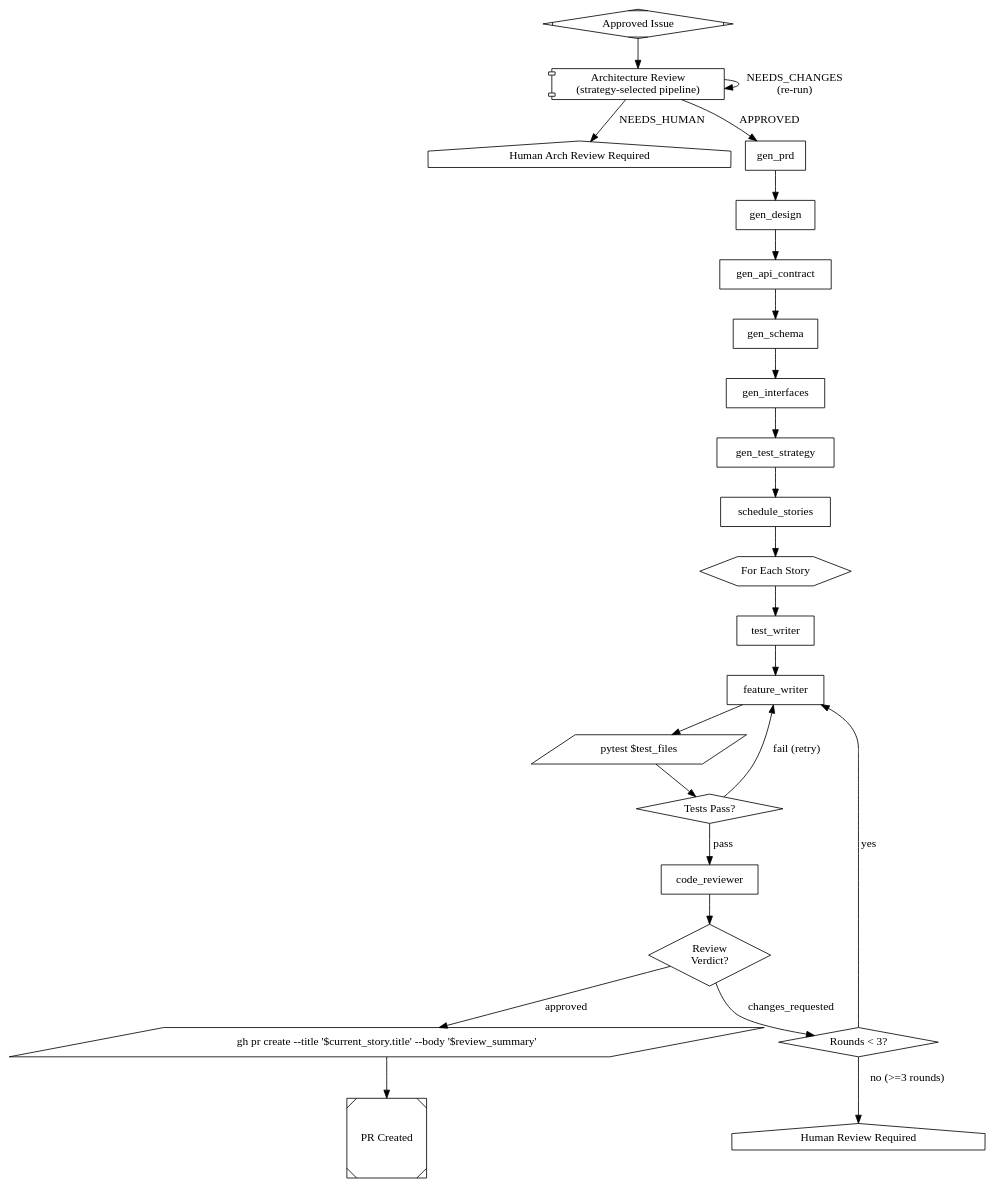
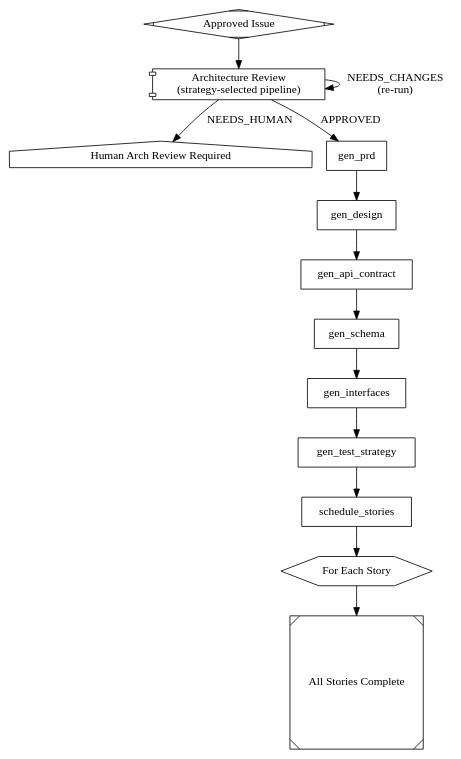
One commit to ardrodus/dark-fac changed the diagram in pipelines/dark_forge.dot. Above: the diagram before and after it, drawn with Graphviz. The commit also changed 13 other files, not shown here.

```diff
--- a/pipelines/dark_forge.dot
+++ b/pipelines/dark_forge.dot
@@ -1,162 +1,115 @@
 // Dark Forge: TDD Pipeline
 //
 // The build engine of Dark Factory. Takes an approved issue through
 // architecture review, PRD generation, story scheduling, and the
 // Test Writer -> Feature Writer -> Code Reviewer TDD loop.
 // Each story produces a merged PR.
 //
 // The architecture review is a SEPARATE pipeline, selected by deployment
 // strategy. Dark Forge invokes the appropriate one:
 //   arch_review_web.dot     --  6 specialists + SA Lead
 //   arch_review_console.dot --  4 specialists + SA Lead
 //
 // Demonstrates: pipeline invocation, supervisor loops, conditional branching,
 // tool confinement, information gap (test writer and feature writer are isolated).
 
 digraph dark_forge {
     graph [
         goal="Transform an approved GitHub issue into merged PRs via architecture review + TDD"
     ]
 
     // --- Entry ---
     start [shape=Mdiamond, label="Approved Issue"]
 
     // ===========================================
     // Architecture Review (external pipeline)
     //
     // Invokes the strategy-specific arch review pipeline.
     // The pipeline is selected at runtime based on DEPLOY_STRATEGY:
     //   web     -> arch_review_web.dot     ( 6 stages)
     //   console -> arch_review_console.dot ( 4 stages)
     //
     // Returns: Engineering Brief (APPROVED | NEEDS_CHANGES | NEEDS_HUMAN)
     // ===========================================
 
     arch_review [
         shape=component,
         label="Architecture Review\n(strategy-selected pipeline)",
         pipeline="arch_review_${strategy}.dot"
     ]
 
     arch_needs_human [shape=house, label="Human Arch Review Required"]
 
     // ===========================================
     // Specification Generation (US-301 through US-307)
     //
     // Sequential spec pipeline: each step builds on the previous.
     // All specs saved to .dark-factory/specs/{issue_number}/
     // ===========================================
 
     // US-301: PRD generation
     gen_prd [
         shape=box,
         prompt="You are the PRD Generator. Given this GitHub issue: $issue\n\nEngineering Brief (from Architecture Review):\n$engineering_brief\n\nGenerate a Product Requirements Document with:\n- Title, description, scope\n- User stories with id, title, description, acceptance_criteria, priority, depends_on\n- Non-functional requirements\n- Out of scope items\n\nSupport L1/L2/L3 detail levels based on issue complexity.\nOutput as structured JSON (PRDResult format).\nSave to .dark-factory/specs/$issue_number/prd.json"
     ]
 
     // US-302: Technical design document
     gen_design [
         shape=box,
         prompt="You are the Design Agent. Given this PRD and codebase analysis:\n\nPRD:\n$gen_prd\n\nGenerate a Technical Design Document covering:\n- Architecture decisions (with rationale)\n- Component changes (new/modified/removed)\n- Data model changes\n- API changes\n- Risks and mitigations\n\nReference existing codebase patterns from the workspace.\nOutput as structured markdown.\nSave to .dark-factory/specs/$issue_number/design.md"
     ]
 
     // US-303: API contract
     gen_api_contract [
         shape=box,
         prompt="You are the API Contract Generator. Given the design doc:\n\n$gen_design\n\nAuto-detect the contract type from the codebase:\n- OpenAPI for REST APIs\n- GraphQL schema for GraphQL\n- Protobuf for gRPC\n- CLI spec for command-line tools\n\nGenerate the appropriate contract spec with endpoints, request/response schemas, error codes.\nSave to .dark-factory/specs/$issue_number/api-contract.*"
     ]
 
     // US-304: Database schema
     gen_schema [
         shape=box,
         prompt="You are the Schema Generator. Given the design doc:\n\n$gen_design\n\nDetect the database type from the codebase (PostgreSQL, MySQL, SQLite, MongoDB, etc.).\nGenerate:\n- DDL for new tables/columns\n- Migration scripts for changes\n- Index recommendations\n\nSave to .dark-factory/specs/$issue_number/schema.sql"
     ]
 
     // US-305: Interface definitions
     gen_interfaces [
         shape=box,
         prompt="You are the Interface Generator. Given the design doc:\n\n$gen_design\n\nGenerate language-appropriate typed interface definitions:\n- TypeScript: interfaces/types\n- Python: Protocol classes\n- Go: interfaces\n- Rust: traits\n- Java: interfaces\n\nDetect the language from the codebase.\nSave to .dark-factory/specs/$issue_number/interfaces/"
     ]
 
     // US-306: Test strategy
     gen_test_strategy [
         shape=box,
         prompt="You are the Test Strategy Generator. Given:\n\nPRD:\n$gen_prd\n\nDesign:\n$gen_design\n\nGenerate a test strategy covering:\n- Unit tests: what to test, expected assertions\n- Integration tests: component interactions\n- E2E tests: user-facing flows\n- Fixtures and mocks needed\n- Coverage targets\n- Existing tests that may be affected\n\nSave to .dark-factory/specs/$issue_number/test-strategy.md"
     ]
 
     // US-307: Story scheduling (parse PRD into ordered stories -> GitHub Issues)
     schedule_stories [
         shape=box,
         prompt="Parse the PRD into ordered user stories ready for implementation.\n\nPRD:\n$gen_prd\n\nFor each story:\n- Validate required fields (id, title, description, acceptance_criteria)\n- Warn if acceptance criteria > 10 items (suggest split)\n- Order by dependency chain\n\nOutput as JSON array with fields: id, title, description, acceptance_criteria, depends_on.\nCreate GitHub Issues with factory labels (queued, priority) if configured."
     ]
 
-    // --- Per-Story TDD Loop (supervisor retries whole block) ---
+    // --- Per-Story TDD Loop (manager runs child pipeline per story) ---
     story_loop [
         shape=hexagon,
         label="For Each Story",
+        child_graph="dark_factory/pipelines/story_tdd.dot",
         max_iterations=5
     ]
 
-    // --- Stage 1: Test Writer (isolated to tests/) ---
-    test_writer [
-        shape=box,
-        prompt="You are the Test Writer. You have access ONLY to the tests/ directory.\n\nWrite failing tests for this user story:\n$current_story\n\nDesign contract:\n$gen_prd\n\nRules:\n- Write pytest tests that clearly express the acceptance criteria\n- Tests MUST fail (the feature doesn't exist yet)\n- Include edge cases and error scenarios\n- Do NOT implement any production code\n- Output test files only"
-    ]
-
-    // --- Stage 2: Feature Writer (isolated to src/, blind to tests) ---
-    feature_writer [
-        shape=box,
-        prompt="You are the Feature Writer. You have access to src/ and lib/ ONLY.\nYou CANNOT see the test source code.\n\nImplement the feature for this user story:\n$current_story\n\nDesign artifacts:\n$gen_prd\n\nRules:\n- Implement against the design spec, NOT by reverse-engineering tests\n- Run pytest to validate (black-box, you see pass/fail only)\n- Production-quality code with proper error handling\n- Follow existing code conventions"
-    ]
-
-    // --- Run Tests ---
-    run_tests [
-        shape=parallelogram,
-        label="pytest $test_files"
-    ]
-    tests_pass [shape=diamond, label="Tests Pass?"]
-
-    // --- Stage 3: Code Reviewer (read-only) ---
-    code_reviewer [
-        shape=box,
-        prompt="You are the Code Reviewer. You have READ-ONLY access to the entire repository.\n\nReview the implementation for:\n- Correctness against design spec\n- Code quality and conventions\n- Security vulnerabilities (OWASP top 10)\n- Error handling completeness\n- Test coverage adequacy\n\nProvide verdict: approved | changes_requested | human_review_required\nIf changes_requested, provide specific actionable feedback."
-    ]
-    review_verdict [shape=diamond, label="Review\nVerdict?"]
-
-    // --- Feedback Loop ---
-    feedback_check [shape=diamond, label="Rounds < 3?"]
-
-    // --- Outputs ---
-    create_pr [
-        shape=parallelogram,
-        label="gh pr create --title '$current_story.title' --body '$review_summary'"
-    ]
-    escalate [shape=house, label="Human Review Required"]
-    done [shape=Msquare, label="PR Created"]
+    done [shape=Msquare, label="All Stories Complete"]
 
     // --- Flow ---
     start -> arch_review
 
     // Architecture review exits
     arch_review -> gen_prd [label="APPROVED"]
     arch_review -> arch_needs_human [label="NEEDS_HUMAN"]
     arch_review -> arch_review [label="NEEDS_CHANGES\n(re-run)"]
 
     // Spec generation pipeline (US-301 -> US-307)
     gen_prd -> gen_design -> gen_api_contract -> gen_schema -> gen_interfaces -> gen_test_strategy -> schedule_stories
 
-    // Stories -> TDD
-    schedule_stories -> story_loop
-    story_loop -> test_writer -> feature_writer -> run_tests -> tests_pass
-
-    tests_pass -> code_reviewer [label="pass"]
-    tests_pass -> feature_writer [label="fail (retry)"]
-
-    code_reviewer -> review_verdict
-    review_verdict -> create_pr [label="approved"]
-    review_verdict -> feedback_check [label="changes_requested"]
-
-    feedback_check -> feature_writer [label="yes"]
-    feedback_check -> escalate [label="no (>=3 rounds)"]
-
-    create_pr -> done
+    // Stories -> TDD manager loop
+    schedule_stories -> story_loop -> done
 }
```
